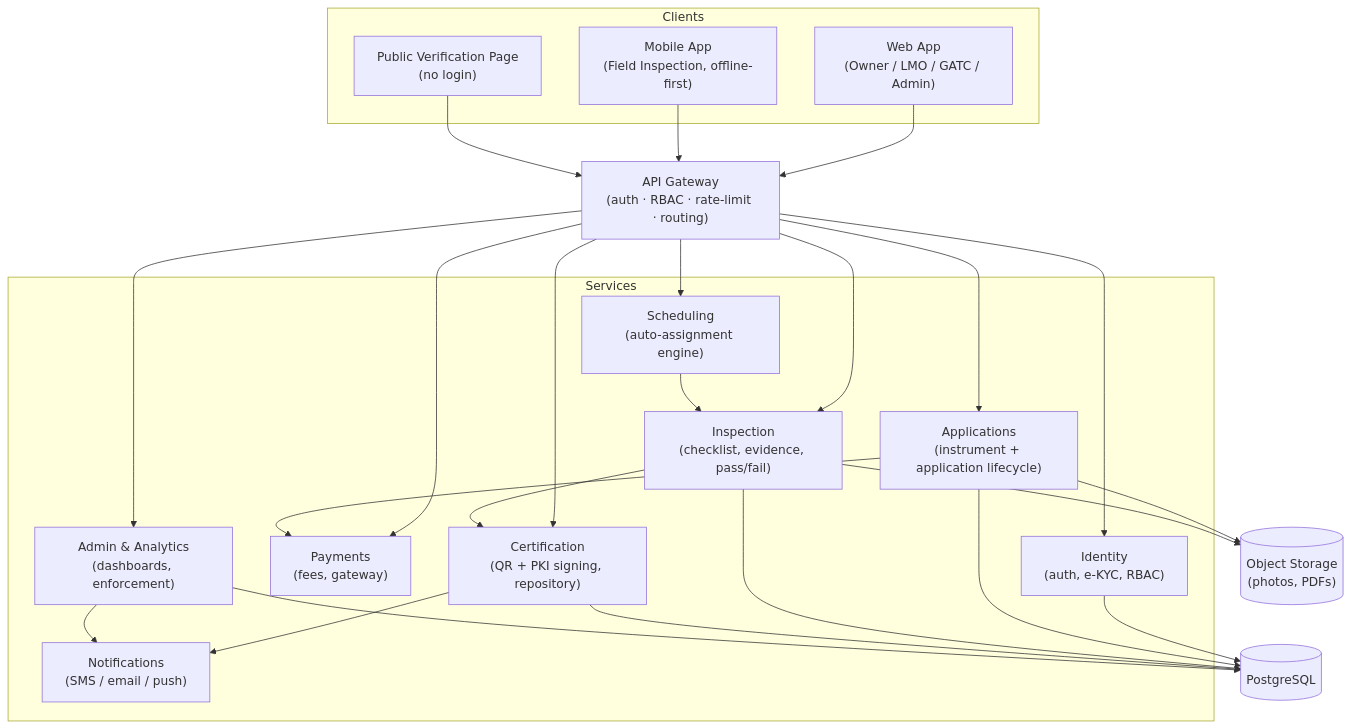
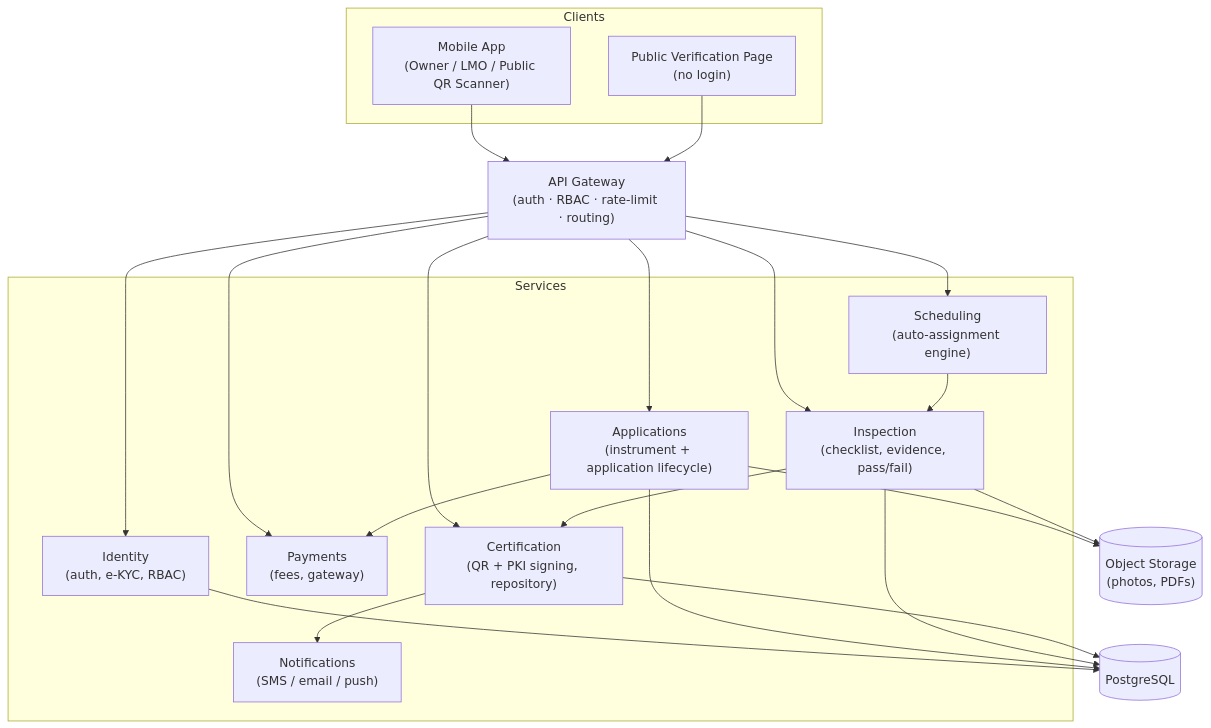
One commit to ADITYADAV-0/etulamaan changed the first of 3 diagrams in README.md. Above: the diagram before and after it, drawn with Mermaid. The commit also changed other lines of this file and 139 other files, not shown here.

````diff
--- a/README.md
+++ b/README.md
@@ -47,50 +47,44 @@
 ```mermaid
 flowchart TB
     subgraph CLIENTS["Clients"]
-        WEB["Web App<br/>(Owner / LMO / GATC / Admin)"]
-        MOB["Mobile App<br/>(Field Inspection, offline-first)"]
+        MOB["Mobile App<br/>(Owner / LMO / Public QR Scanner)"]
         PUBV["Public Verification Page<br/>(no login)"]
     end
 
     GW["API Gateway<br/>(auth · RBAC · rate-limit · routing)"]
 
-    WEB --> GW
     MOB --> GW
     PUBV --> GW
 
     subgraph SERVICES["Services"]
         ID["Identity<br/>(auth, e-KYC, RBAC)"]
         APPS["Applications<br/>(instrument + application lifecycle)"]
         PAY["Payments<br/>(fees, gateway)"]
         SCH["Scheduling<br/>(auto-assignment engine)"]
         INS["Inspection<br/>(checklist, evidence, pass/fail)"]
         CERT["Certification<br/>(QR + PKI signing, repository)"]
         NOT["Notifications<br/>(SMS / email / push)"]
-        ADM["Admin & Analytics<br/>(dashboards, enforcement)"]
     end
 
     GW --> ID
     GW --> APPS
     GW --> PAY
     GW --> SCH
     GW --> INS
     GW --> CERT
-    GW --> ADM
 
     APPS --> PAY
     SCH --> INS
     INS --> CERT
     CERT --> NOT
-    ADM --> NOT
 
     DB[("PostgreSQL")]
     OBJ[("Object Storage<br/>(photos, PDFs)")]
 
     ID --> DB
     APPS --> DB
     APPS --> OBJ
     INS --> DB
     INS --> OBJ
     CERT --> DB
-    ADM --> DB
 ```
````
